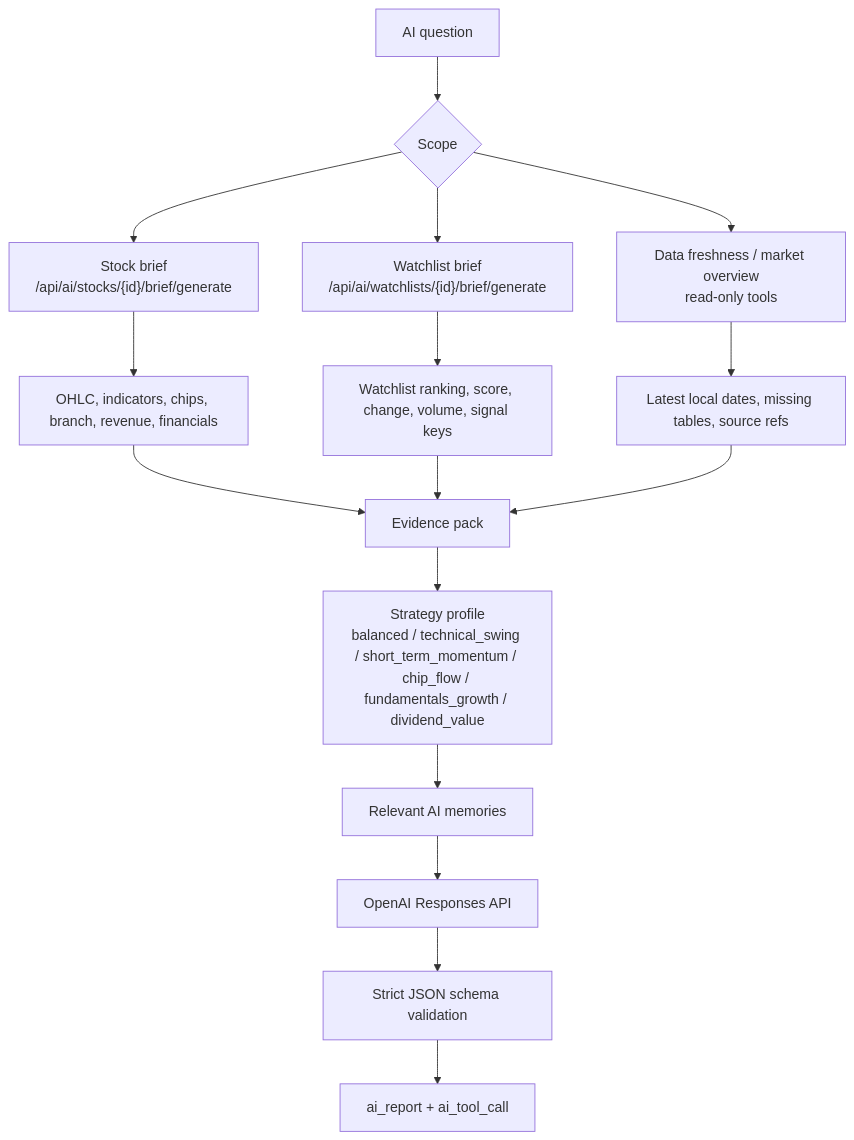
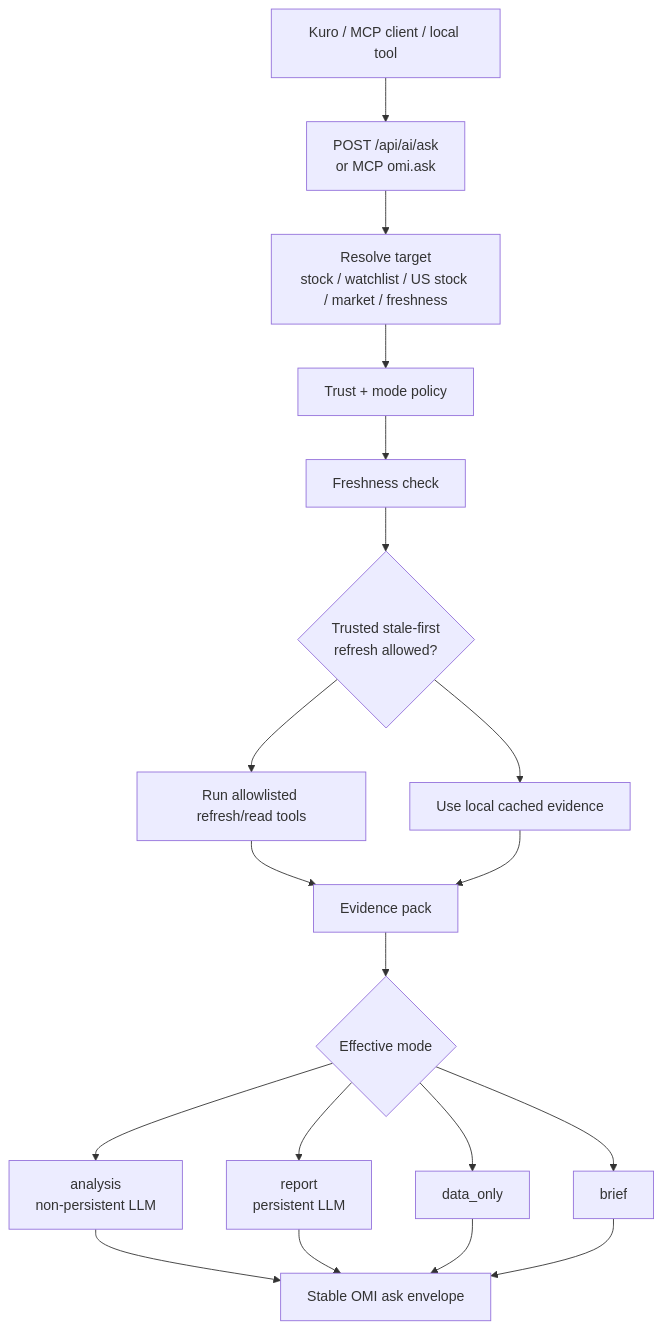
One commit to lulu930128/open-market-intelligence changed the third of 3 diagrams in README.md. Above: the diagram before and after it, drawn with Mermaid. The commit also changed other lines of this file and 15 other files, not shown here.

Commit message:
Enhance OMI analysis workflows and docs

````diff
--- a/README.md
+++ b/README.md
@@ -488,20 +167,21 @@
 ```mermaid
 flowchart TD
-    ask["AI question"] --> scope{"Scope"}
-    scope --> stock["Stock brief<br/>/api/ai/stocks/{id}/brief/generate"]
-    scope --> group["Watchlist brief<br/>/api/ai/watchlists/{id}/brief/generate"]
-    scope --> freshness["Data freshness / market overview<br/>read-only tools"]
-
-    stock --> stockData["OHLC, indicators, chips, branch, revenue, financials"]
-    group --> groupData["Watchlist ranking, score, change, volume, signal keys"]
-    freshness --> freshnessData["Latest local dates, missing tables, source refs"]
-
-    stockData --> pack["Evidence pack"]
-    groupData --> pack
-    freshnessData --> pack
-    pack --> profile["Strategy profile<br/>balanced / technical_swing / short_term_momentum / chip_flow / fundamentals_growth / dividend_value"]
-    profile --> memory["Relevant AI memories"]
-    memory --> llm["OpenAI Responses API"]
-    llm --> schema["Strict JSON schema validation"]
-    schema --> report["ai_report + ai_tool_call"]
+    caller["Kuro / MCP client / local tool"] --> ask["POST /api/ai/ask<br/>or MCP omi.ask"]
+    ask --> resolve["Resolve target<br/>stock / watchlist / US stock / market / freshness"]
+    resolve --> policy["Trust + mode policy"]
+    policy --> freshness["Freshness check"]
+    freshness --> maybeRefresh{"Trusted stale-first<br/>refresh allowed?"}
+    maybeRefresh --> yes["Run allowlisted refresh/read tools"]
+    maybeRefresh --> no["Use local cached evidence"]
+    yes --> evidence["Evidence pack"]
+    no --> evidence
+    evidence --> mode{"Effective mode"}
+    mode --> data["data_only"]
+    mode --> brief["brief"]
+    mode --> analysis["analysis<br/>non-persistent LLM"]
+    mode --> report["report<br/>persistent LLM"]
+    analysis --> response["Stable OMI ask envelope"]
+    report --> response
+    data --> response
+    brief --> response
 ```
````
